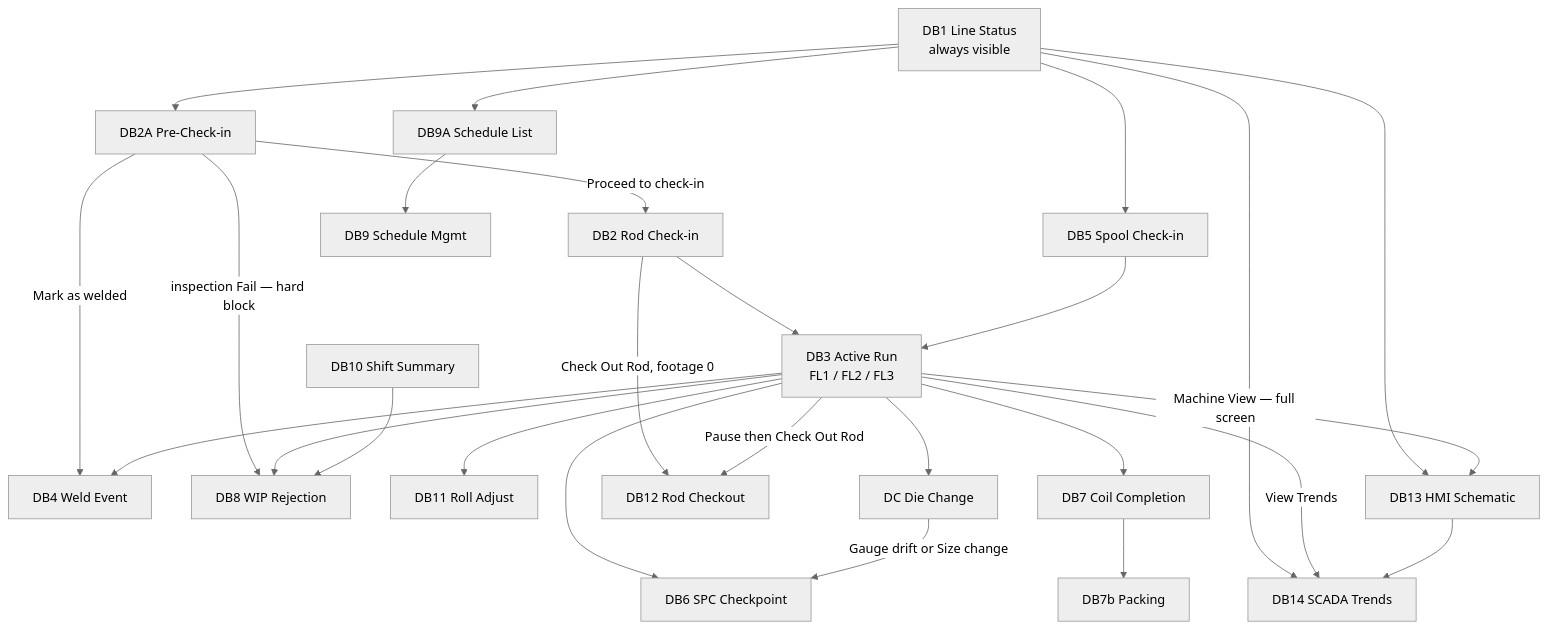
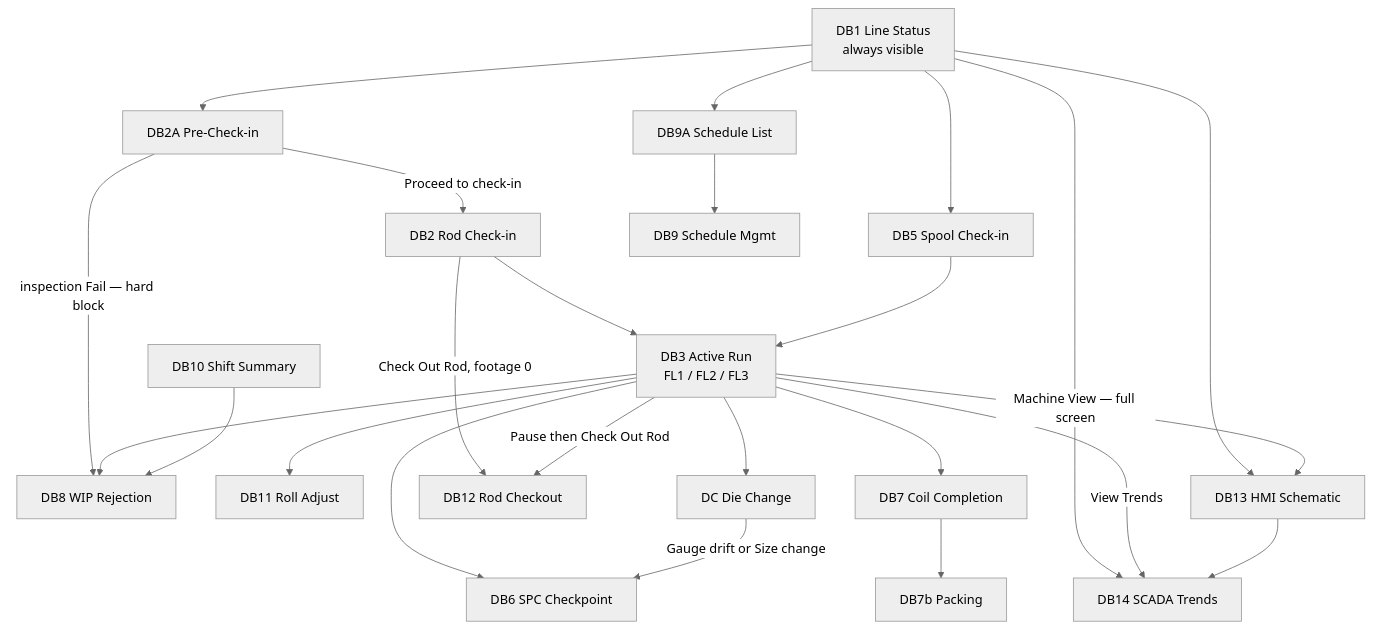
The seventh of 7 diagrams in LatestDocument/ProjectPlan/02-SRS.md (UnitedAluminum/Flatwire-planning), drawn with Mermaid (neutral theme) before and after one commit. The commit also changed other lines of this file and 45 other files, not shown here.

````diff
--- a/LatestDocument/ProjectPlan/02-SRS.md
+++ b/LatestDocument/ProjectPlan/02-SRS.md
@@ -1351,47 +1358,44 @@
 ```mermaid
 flowchart TD
   DB1["DB1 Line Status<br/>always visible"]
   DB2A["DB2A Pre-Check-in"]
   DB2["DB2 Rod Check-in"]
   DB5["DB5 Spool Check-in"]
   DB9A["DB9A Schedule List"]
   DB9["DB9 Schedule Mgmt"]
   DB3["DB3 Active Run<br/>FL1 / FL2 / FL3"]
-  DB4["DB4 Weld Event"]
   DB6["DB6 SPC Checkpoint"]
   DB8["DB8 WIP Rejection"]
   DB11["DB11 Roll Adjust"]
   DC["DC Die Change"]
   DB12["DB12 Rod Checkout"]
   DB7["DB7 Coil Completion"]
   DB7b["DB7b Packing"]
   DB10["DB10 Shift Summary"]
   DB13["DB13 HMI Schematic"]
   DB14["DB14 SCADA Trends"]
 
   DB1 --> DB2A
   DB1 --> DB5
   DB1 --> DB9A
   DB1 --> DB13
   DB1 --> DB14
   DB9A --> DB9
   DB2A -->|Proceed to check-in| DB2
   DB2A -->|inspection Fail — hard block| DB8
-  DB2A -->|Mark as welded| DB4
   DB2 --> DB3
   DB2 -->|Check Out Rod, footage 0| DB12
   DB5 --> DB3
-  DB3 --> DB4
   DB3 --> DB6
   DB3 --> DB8
   DB3 --> DB11
   DB3 --> DC
   DB3 --> DB7
   DB3 -->|Machine View — full screen| DB13
   DB3 -->|View Trends| DB14
   DB3 -->|Pause then Check Out Rod| DB12
   DC -->|Gauge drift or Size change| DB6
   DB7 --> DB7b
   DB13 --> DB14
   DB10 --> DB8
 ```
````
